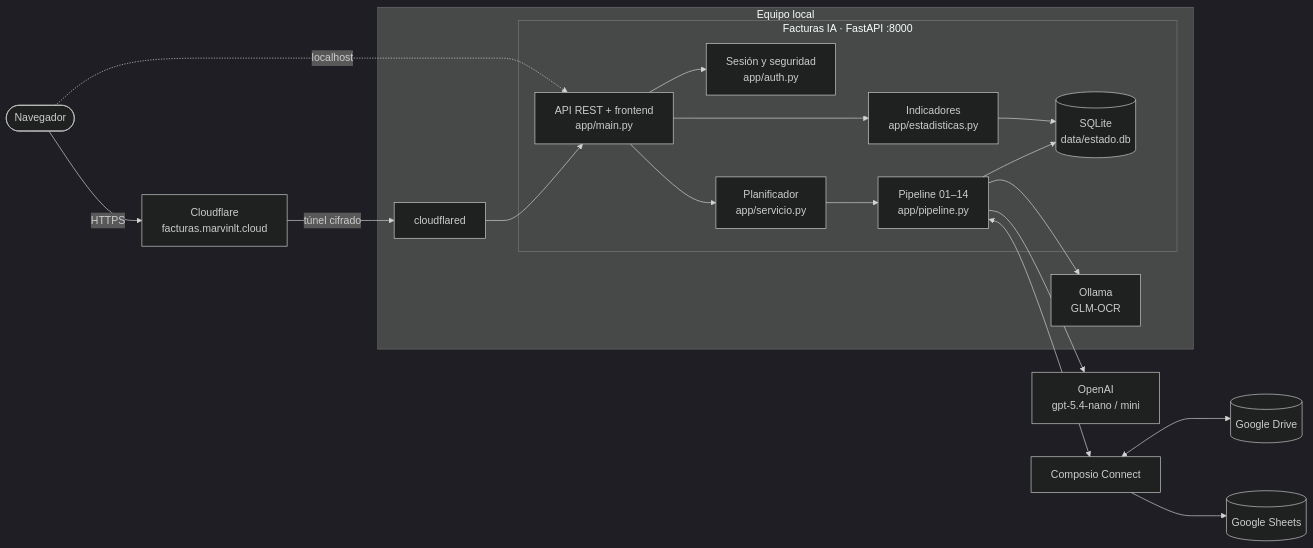
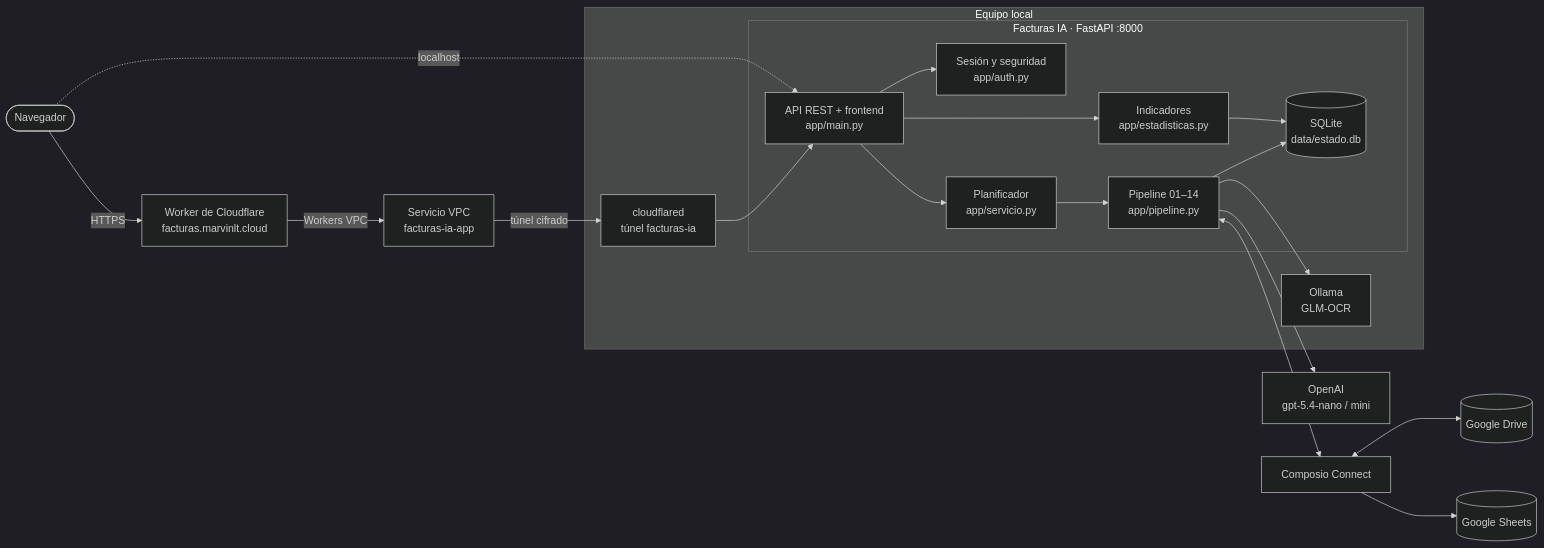
The diagram in README.md (Marvinilt/Analisis_Facturas_IA), drawn with Mermaid (dark theme) before and after one commit. The commit also changed other lines of this file and 7 other files, not shown here.

First line of the commit message:
feat(deploy): publicación en facturas.marvinlt.cloud con Worker, Workers VPC y túnel

````diff
--- a/README.md
+++ b/README.md
@@ -93,28 +93,29 @@
 ```mermaid
 flowchart LR
-    U(["Navegador"]) -- HTTPS --> CF["Cloudflare<br/>facturas.marvinlt.cloud"]
-    CF -- túnel cifrado --> T["cloudflared"]
+    U(["Navegador"]) -- HTTPS --> W["Worker de Cloudflare<br/>facturas.marvinlt.cloud"]
+    W -- Workers VPC --> VPC["Servicio VPC<br/>facturas-ia-app"]
+    VPC -- túnel cifrado --> T["cloudflared<br/>túnel facturas-ia"]
     U -. localhost .-> API
 
     subgraph Equipo["Equipo local"]
         T --> API
         subgraph App["Facturas IA · FastAPI :8000"]
             AUTH["Sesión y seguridad<br/>app/auth.py"]
             API["API REST + frontend<br/>app/main.py"]
             EST["Indicadores<br/>app/estadisticas.py"]
             SV["Planificador<br/>app/servicio.py"]
             P["Pipeline 01–14<br/>app/pipeline.py"]
             DB[("SQLite<br/>data/estado.db")]
         end
         O["Ollama<br/>GLM-OCR"]
     end
 
     API --> AUTH
     API --> EST --> DB
     API --> SV --> P --> DB
     P --> O
     P --> OA["OpenAI<br/>gpt-5.4-nano / mini"]
     P <--> CO["Composio Connect"]
     CO <--> GD[("Google Drive")]
     CO --> GS[("Google Sheets")]
 ```
````
